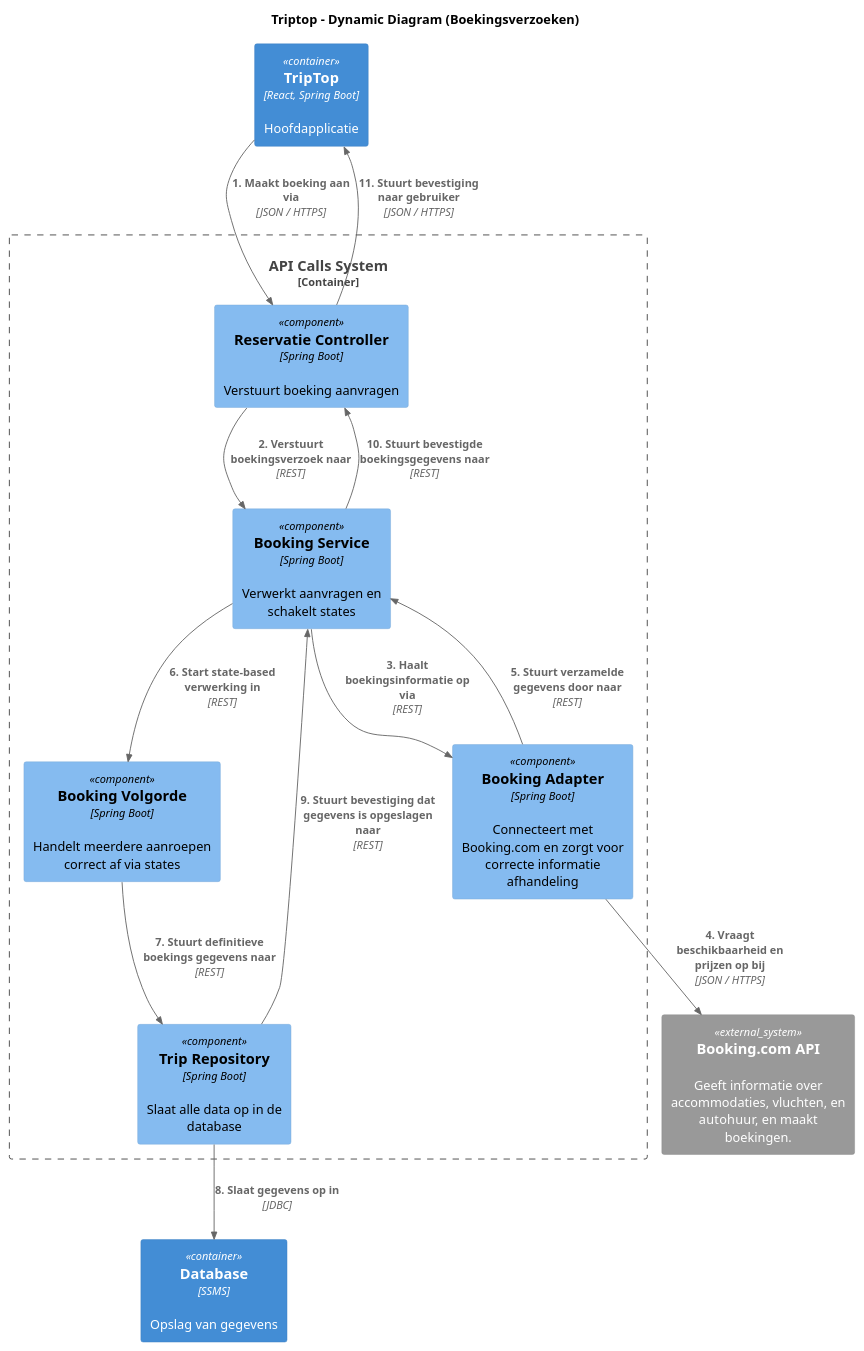
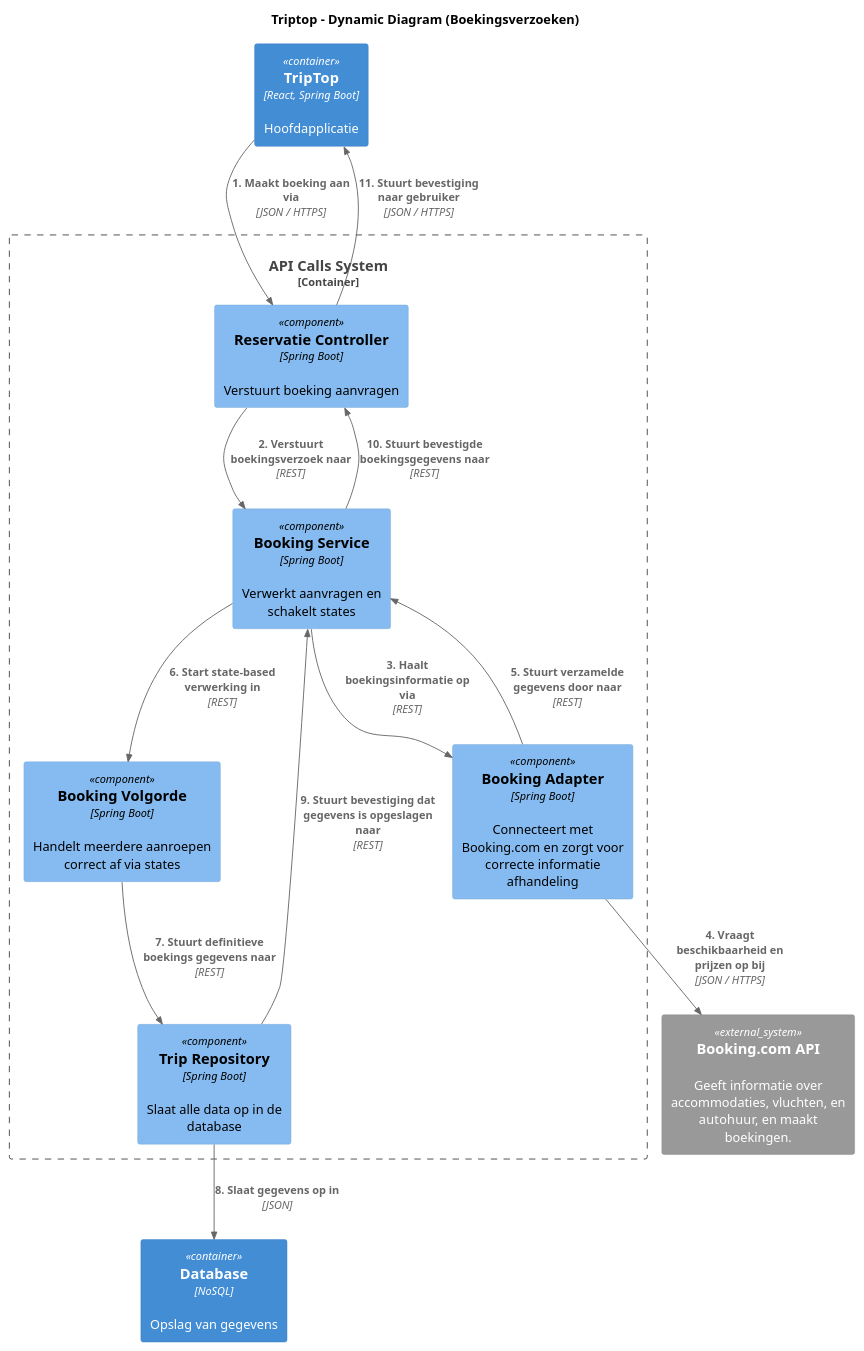
The diagram in opdracht-diagrammen/voorbereiding/les-04/finalDynamic-diagram.puml (AIM-ENE-feb25/triptop-beca), drawn with PlantUML before and after one commit. The commit also changed 1 other file, not shown here.

Commit message:
motivatie + diagram update

```diff
--- a/opdracht-diagrammen/voorbereiding/les-04/finalDynamic-diagram.puml
+++ b/opdracht-diagrammen/voorbereiding/les-04/finalDynamic-diagram.puml
@@ -1,30 +1,30 @@
 @startuml
 !include https://raw.githubusercontent.com/plantuml-stdlib/C4-PlantUML/master/C4_Component.puml
 
 title Triptop - Dynamic Diagram (Boekingsverzoeken)
 
 Container(trip_trop, "TripTop", "React, Spring Boot", "Hoofdapplicatie")
-Container(db, "Database", "SSMS", "Opslag van gegevens")
+Container(db, "Database", "NoSQL", "Opslag van gegevens")
 System_Ext(booking_com_api, "Booking.com API", "Geeft informatie over accommodaties, vluchten, en autohuur, en maakt boekingen.")
 
 Container_Boundary(backend, "API Calls System") {
     Component(reservatie_controller, "Reservatie Controller", "Spring Boot", "Verstuurt boeking aanvragen")
     Component(booking_service, "Booking Service", "Spring Boot", "Verwerkt aanvragen en schakelt states")
     Component(booking_volgorde, "Booking Volgorde", "Spring Boot", "Handelt meerdere aanroepen correct af via states")
     Component(booking_adapter, "Booking Adapter", "Spring Boot", "Connecteert met Booking.com en zorgt voor correcte informatie afhandeling")
     Component(trip_repository, "Trip Repository", "Spring Boot", "Slaat alle data op in de database")
 }
 
 Rel(trip_trop, reservatie_controller, "1. Maakt boeking aan via", "JSON / HTTPS")
 Rel(reservatie_controller, booking_service, "2. Verstuurt boekingsverzoek naar", "REST")
 Rel(booking_service, booking_adapter, "3. Haalt boekingsinformatie op via", "REST")
 Rel(booking_adapter, booking_com_api, "4. Vraagt beschikbaarheid en prijzen op bij", "JSON / HTTPS")
 Rel(booking_adapter, booking_service, "5. Stuurt verzamelde gegevens door naar", "REST")
 Rel(booking_service, booking_volgorde, "6. Start state-based verwerking in", "REST")
 Rel(booking_volgorde, trip_repository, "7. Stuurt definitieve boekings gegevens naar", "REST")
-Rel(trip_repository, db, "8. Slaat gegevens op in", "JDBC")
+Rel(trip_repository, db, "8. Slaat gegevens op in", "JSON")
 Rel(trip_repository, booking_service, "9. Stuurt bevestiging dat gegevens is opgeslagen naar", "REST")
 Rel(booking_service, reservatie_controller, "10. Stuurt bevestigde boekingsgegevens naar", "REST")
 Rel(reservatie_controller, trip_trop, "11. Stuurt bevestiging naar gebruiker", "JSON / HTTPS")
 
 @enduml
```
